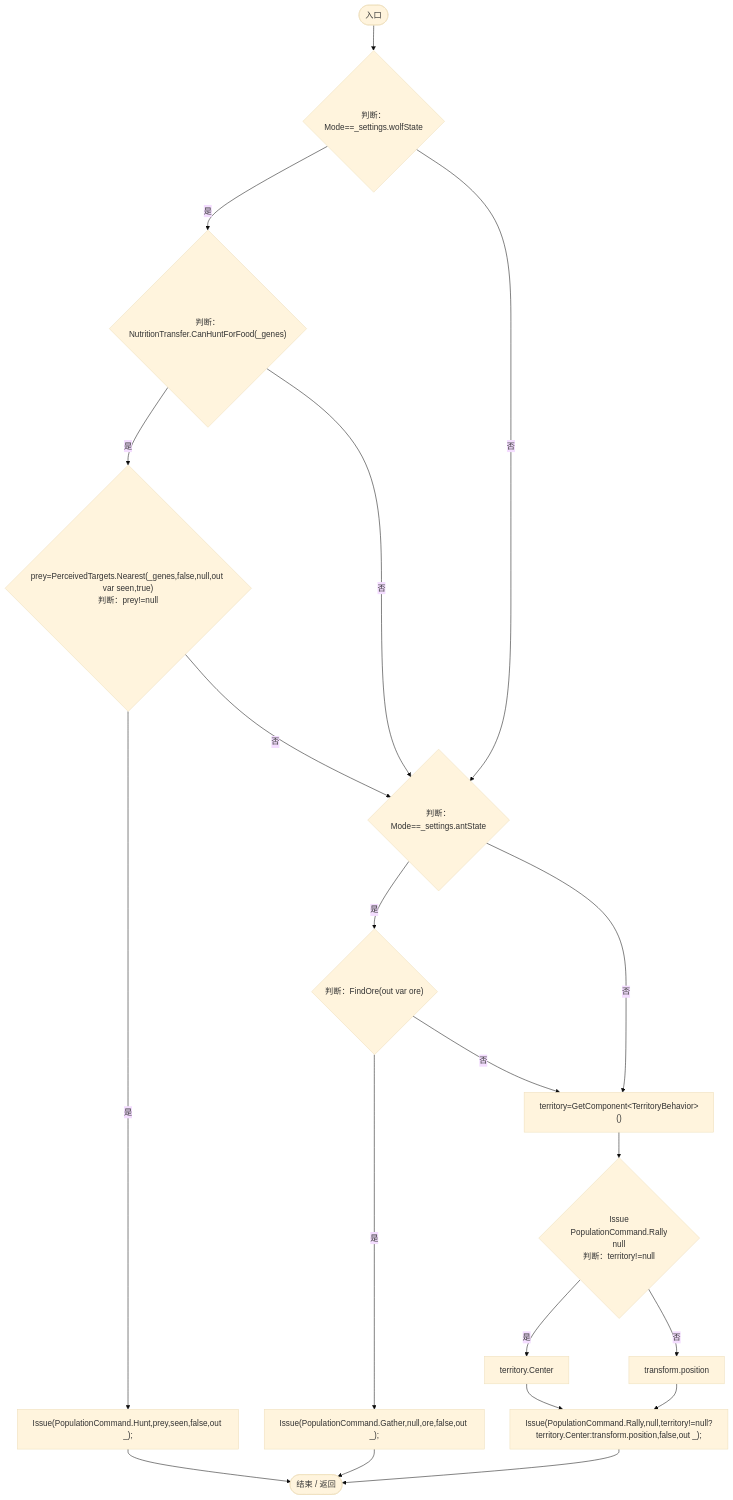
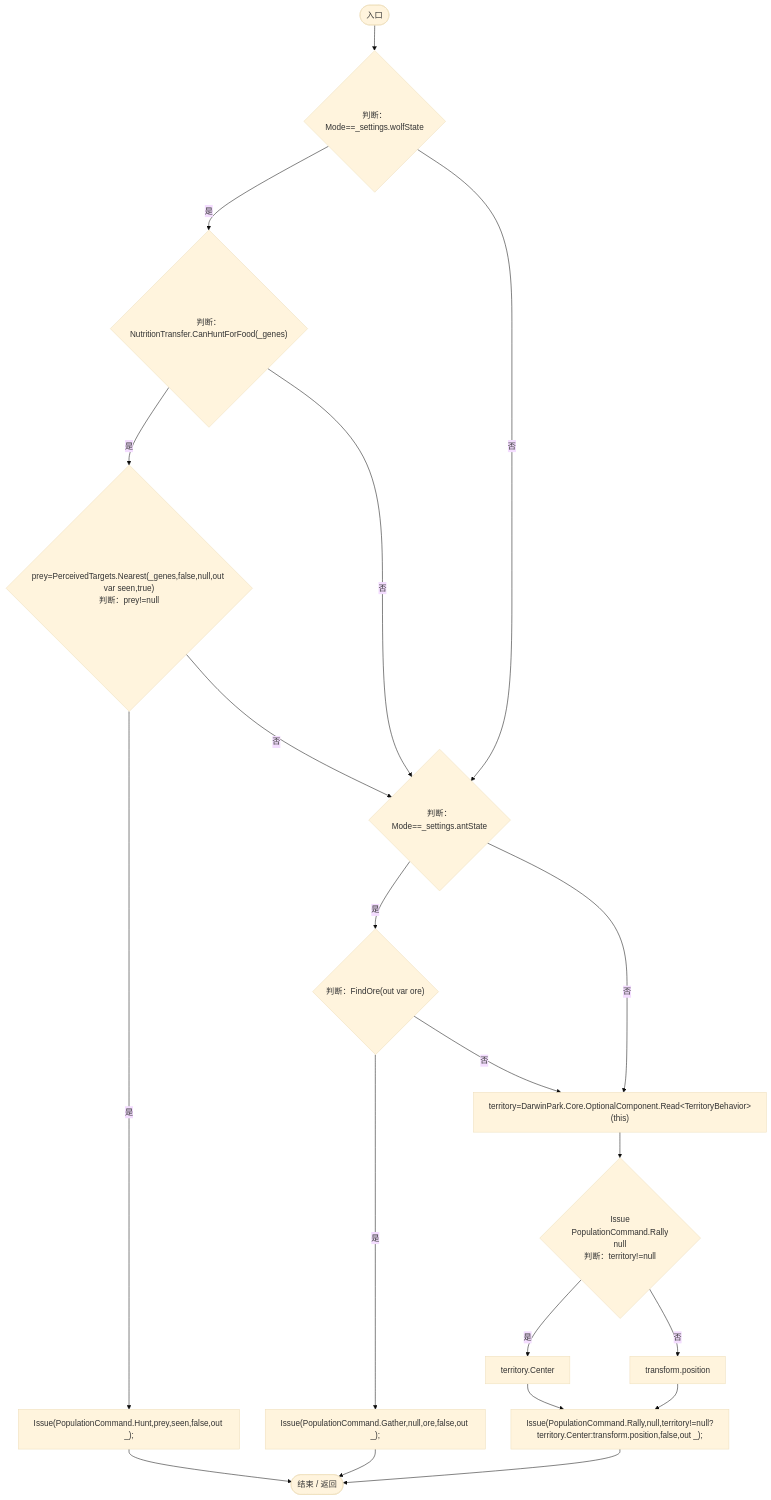
Diagram 45 of 54 in Docs/运行流程图/脚本/21e4f62f75a9a80f.md (xhs6666/Darwin_paradise), drawn with Mermaid (base theme) before and after one commit. The commit also changed other lines of this file and 297 other files, not shown here.

````diff
--- a/Docs/运行流程图/脚本/21e4f62f75a9a80f.md
+++ b/Docs/运行流程图/脚本/21e4f62f75a9a80f.md
@@ -1486,37 +1487,37 @@
 ```mermaid
 flowchart TD
   b0(["入口"])
   b1{"判断：Mode==_settings.wolfState"}
   b2{"判断：NutritionTransfer.CanHuntForFood(_genes)"}
   b3{"prey=PerceivedTargets.Nearest(_genes,false,null,out var seen,true)<br/>判断：prey!=null"}
   b4["Issue(PopulationCommand.Hunt,prey,seen,false,out _);"]
   b5{"判断：Mode==_settings.antState"}
   b6{"判断：FindOre(out var ore)"}
   b7["Issue(PopulationCommand.Gather,null,ore,false,out _);"]
-  b8["territory=GetComponent&lt;TerritoryBehavior&gt;()"]
+  b8["territory=DarwinPark.Core.OptionalComponent.Read&lt;TerritoryBehavior&gt;(this)"]
   b9{"Issue<br/>PopulationCommand.Rally<br/>null<br/>判断：territory!=null"}
   b10["territory.Center"]
   b11["transform.position"]
   b12["Issue(PopulationCommand.Rally,null,territory!=null?territory.Center:transform.position,false,out _);"]
   b13(["结束 / 返回"])
   b0 --> b1
   b1 -->|"是"| b2
   b1 -->|"否"| b5
   b2 -->|"是"| b3
   b2 -->|"否"| b5
   b3 -->|"是"| b4
   b3 -->|"否"| b5
   b4 --> b13
   b5 -->|"是"| b6
   b5 -->|"否"| b8
   b6 -->|"是"| b7
   b6 -->|"否"| b8
   b7 --> b13
   b8 --> b9
   b9 -->|"是"| b10
   b9 -->|"否"| b11
   b10 --> b12
   b11 --> b12
   b12 --> b13
 
 ```
````
